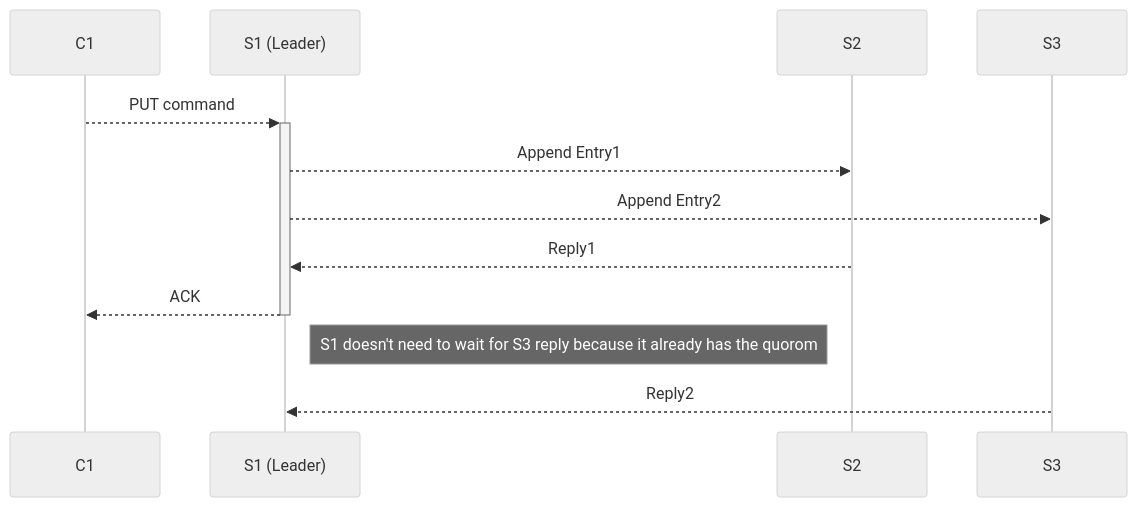
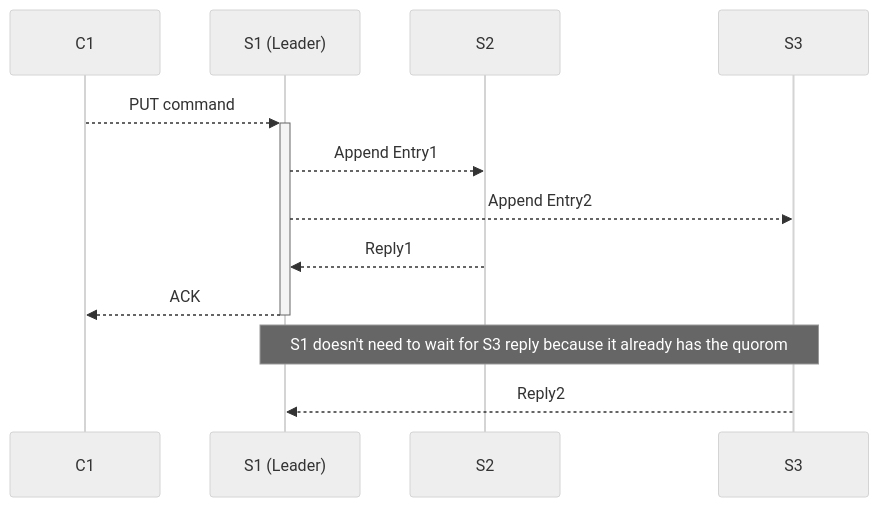
One commit to zanymuzik/notes changed the third of 3 diagrams in MIT - Lec 6 - Raft (1).md. Above: the diagram before and after it, drawn with Mermaid (neutral theme). The commit also changed other lines of this file, not shown here.

````diff
--- a/MIT - Lec 6 - Raft (1).md
+++ b/MIT - Lec 6 - Raft (1).md
@@ -109,11 +109,11 @@
 ```mermaid
 sequenceDiagram
 C1-->>+S1: PUT command
 participant S1 as S1 (Leader)
 S1-->>S2: Append Entry1
 S1-->>S3: Append Entry2
 S2-->>S1: Reply1
 S1-->>-C1: ACK
-Note right of S1: S1 doesn't need to wait for S3 reply because it already has the quorom
+Note over S1,S3: S1 doesn't need to wait for S3 reply because it already has the quorom
 S3-->>S1: Reply2
 ```
````
